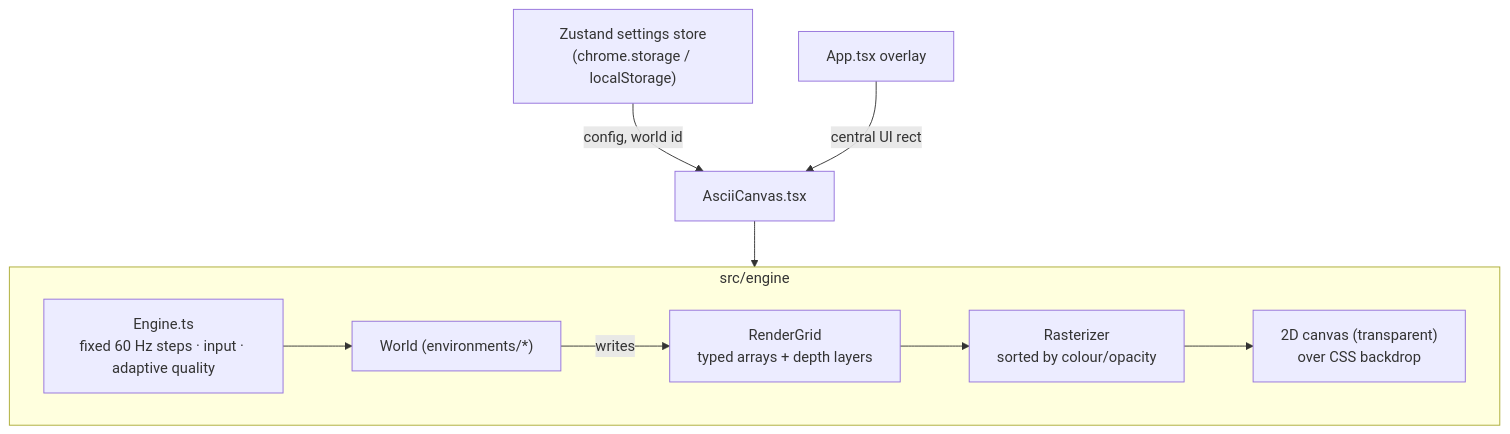
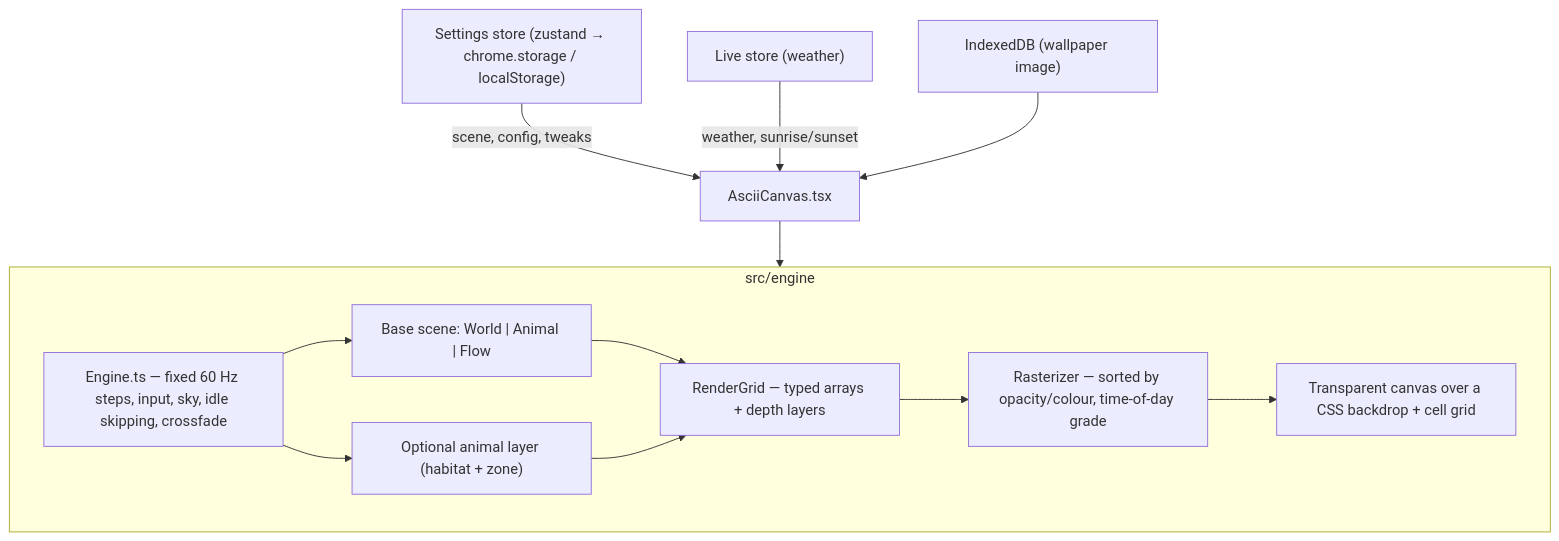
The diagram in ARCHITECTURE.md (ColossalMonk/pixora), drawn with Mermaid before and after one commit. The commit also changed other lines of this file and 5 other files, not shown here.

````diff
--- a/ARCHITECTURE.md
+++ b/ARCHITECTURE.md
@@ -7,12 +7,16 @@
 ```mermaid
 graph TD
-  Store["Zustand settings store<br/>(chrome.storage / localStorage)"] -->|config, world id| Canvas[AsciiCanvas.tsx]
+  Store["Settings store (zustand → chrome.storage / localStorage)"] -->|scene, config, tweaks| Canvas[AsciiCanvas.tsx]
+  Live["Live store (weather)"] -->|weather, sunrise/sunset| Canvas
+  IDB["IndexedDB (wallpaper image)"] --> Canvas
   Canvas --> Engine
-  App["App.tsx overlay"] -->|central UI rect| Canvas
   subgraph Engine["src/engine"]
-    Loop["Engine.ts<br/>fixed 60 Hz steps · input · adaptive quality"] --> World["World (environments/*)"]
-    World -->|writes| Grid["RenderGrid<br/>typed arrays + depth layers"]
-    Grid --> Raster["Rasterizer<br/>sorted by colour/opacity"]
-    Raster --> Out["2D canvas (transparent)<br/>over CSS backdrop"]
+    Loop["Engine.ts — fixed 60 Hz steps, input, sky, idle skipping, crossfade"]
+    Loop --> Base["Base scene: World | Animal | Flow"]
+    Loop --> Overlay["Optional animal layer (habitat + zone)"]
+    Base --> Grid["RenderGrid — typed arrays + depth layers"]
+    Overlay --> Grid
+    Grid --> Raster["Rasterizer — sorted by opacity/colour, time-of-day grade"]
+    Raster --> Out["Transparent canvas over a CSS backdrop + cell grid"]
   end
 ```
````
